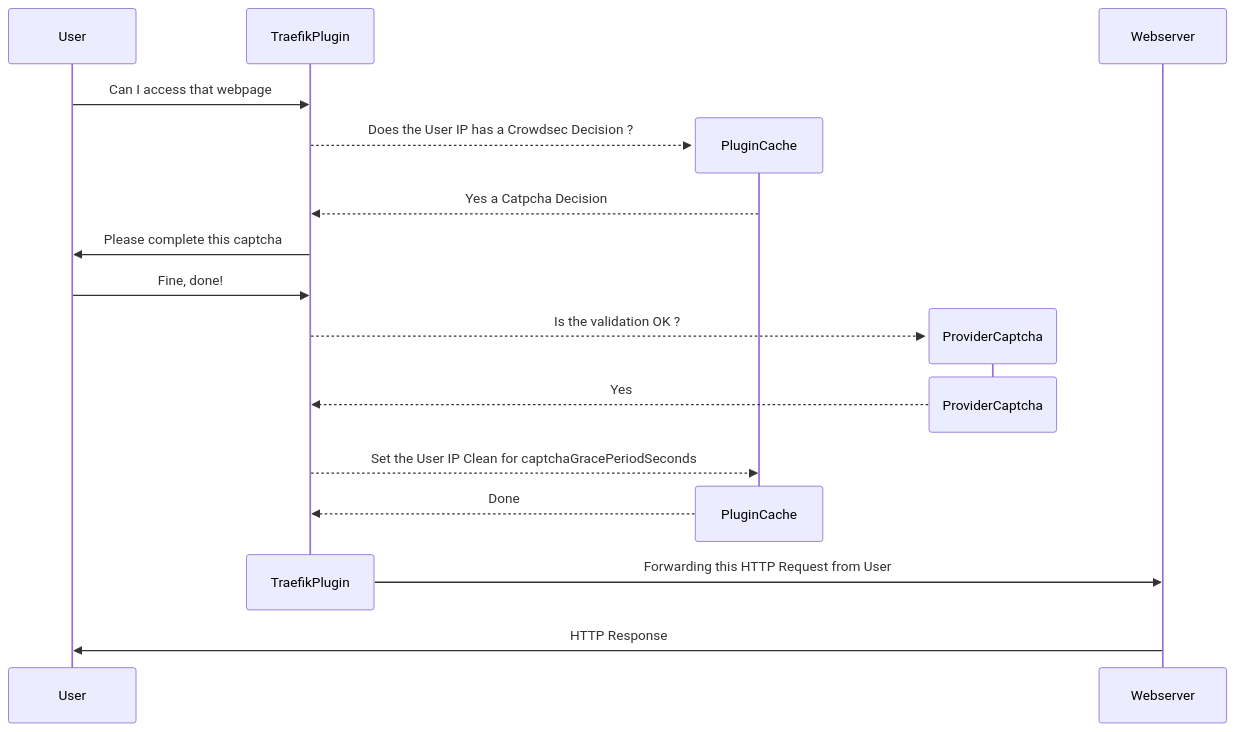
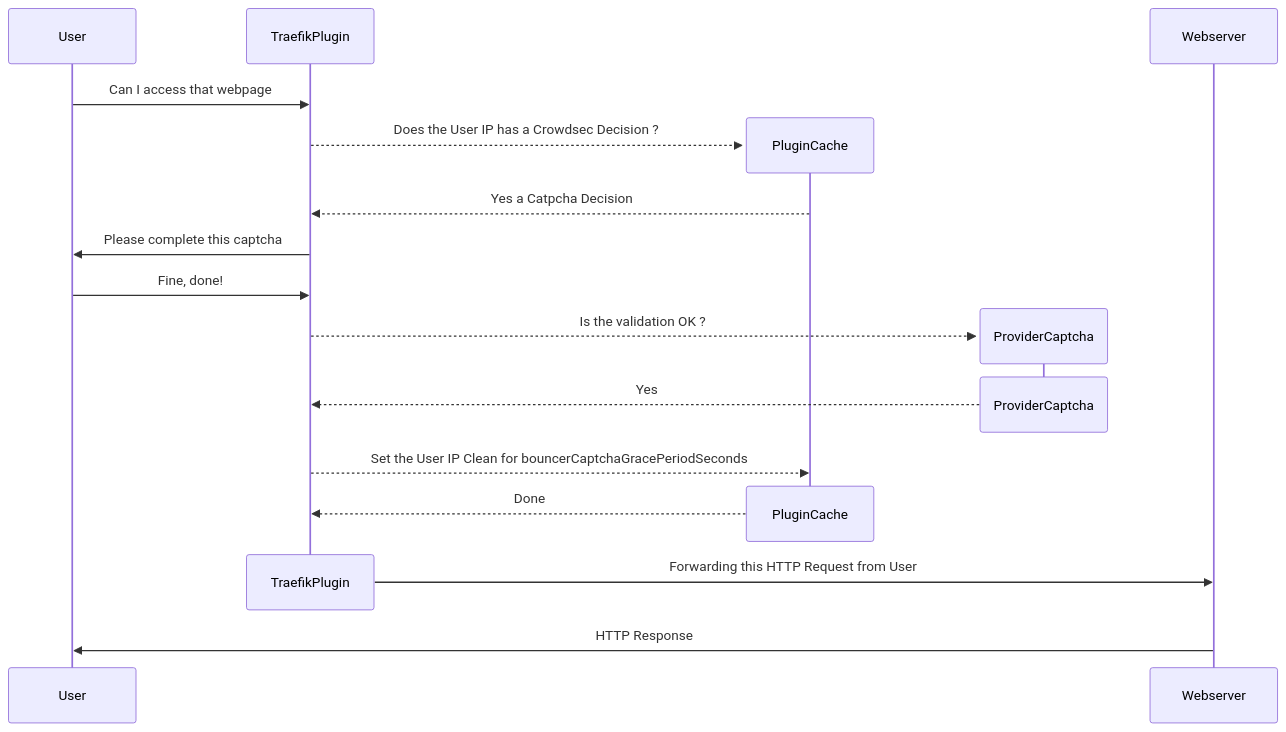
Before and after one commit to david-garcia-garcia/crowdsec-bouncer-traefik-plugin: the second of 3 diagrams in examples/captcha/README.md, drawn with Mermaid. The commit also changed other lines of this file and 344 other files, not shown here.

````diff
--- a/examples/captcha/README.md
+++ b/examples/captcha/README.md
@@ -112,21 +112,21 @@
 ```mermaid
 sequenceDiagram
     participant User
     participant TraefikPlugin
     User->>TraefikPlugin: Can I access that webpage
     create participant PluginCache
     TraefikPlugin-->>PluginCache: Does the User IP has a Crowdsec Decision ?
     PluginCache-->>TraefikPlugin: Yes a Catpcha Decision
     TraefikPlugin->>User: Please complete this captcha
     User->>TraefikPlugin: Fine, done!
     create participant ProviderCaptcha
     TraefikPlugin-->>ProviderCaptcha: Is the validation OK ?
     destroy ProviderCaptcha    
     ProviderCaptcha-->>TraefikPlugin: Yes
-    TraefikPlugin-->>PluginCache: Set the User IP Clean for captchaGracePeriodSeconds
+    TraefikPlugin-->>PluginCache: Set the User IP Clean for bouncerCaptchaGracePeriodSeconds
     destroy PluginCache
     PluginCache-->>TraefikPlugin: Done
     destroy TraefikPlugin
     TraefikPlugin->>Webserver: Forwarding this HTTP Request from User
     Webserver->>User: HTTP Response
 ```
````
